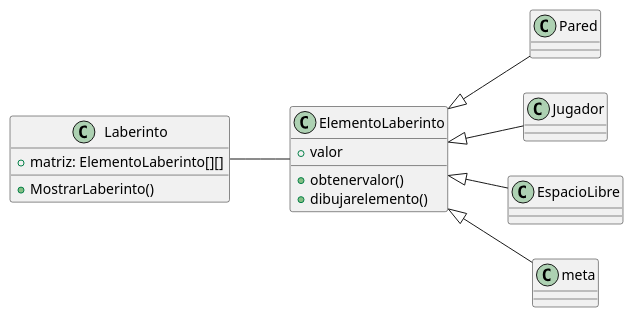
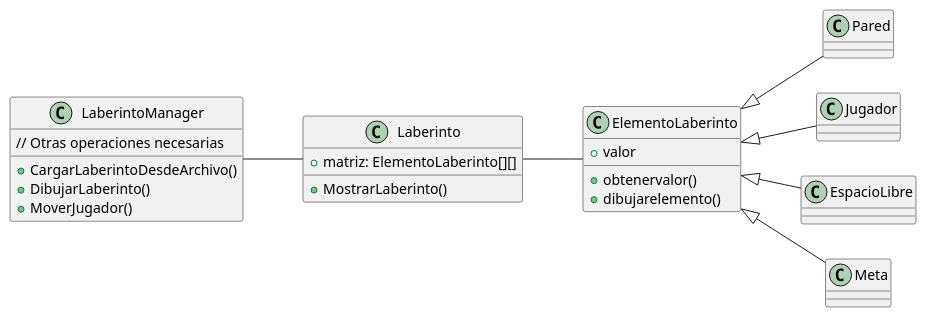
One commit to sagarcial/labertinto changed the diagram in clases.plantuml. Above: the diagram before and after it, drawn with PlantUML.

```diff
--- a/clases.plantuml
+++ b/clases.plantuml
@@ -1,29 +1,37 @@
 @startuml
 left to right direction
 
 class Laberinto {
   +matriz: ElementoLaberinto[][]
   +MostrarLaberinto()
 }
 
 class ElementoLaberinto {
   +valor
   +obtenervalor()
   +dibujarelemento()
 }
 
 class Pared {
 }
 class Jugador {
 }
 class EspacioLibre {
 }
-class meta {
+class Meta {
+}
+
+class LaberintoManager {
+  +CargarLaberintoDesdeArchivo()
+  +DibujarLaberinto()
+  +MoverJugador()
+  // Otras operaciones necesarias
 }
 
 Laberinto  -- ElementoLaberinto 
 ElementoLaberinto <|-- Pared
 ElementoLaberinto <|-- EspacioLibre
 ElementoLaberinto <|-- Jugador
-ElementoLaberinto <|-- meta
+ElementoLaberinto <|-- Meta
+LaberintoManager -- Laberinto
 @enduml
```
